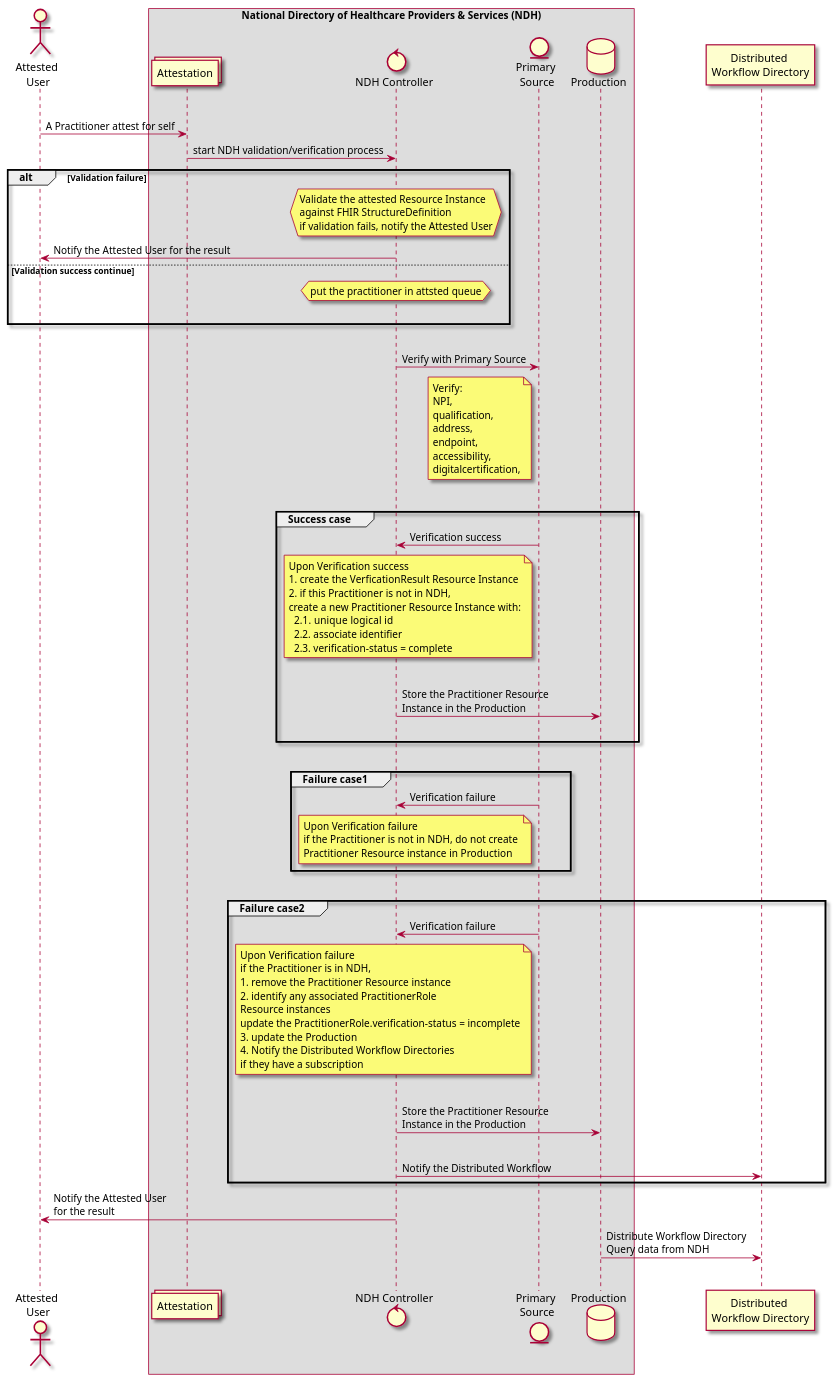
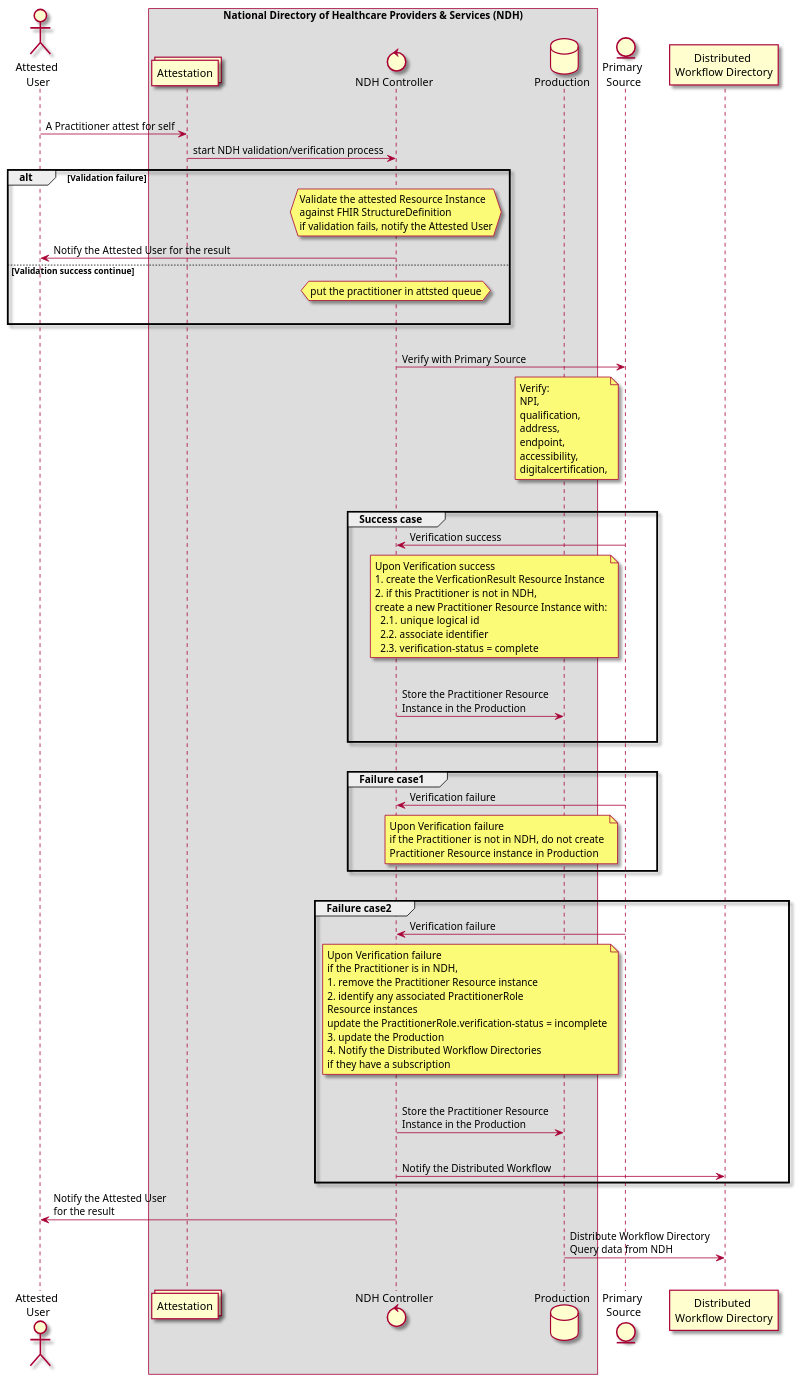
One commit to HL7/fhir-us-ndh changed the diagram in input/images-source/AttestSelfAuthorized.plantuml. Above: the diagram before and after it, drawn with PlantUML. The commit also changed 3 other files, not shown here.

```diff
--- a/input/images-source/AttestSelfAuthorized.plantuml
+++ b/input/images-source/AttestSelfAuthorized.plantuml
@@ -1,94 +1,94 @@
 @startuml
 
 skin rose 
 actor "Attested \nUser" as AU
 box National Directory of Healthcare Providers & Services (NDH)
     collections "Attestation" as AQ
     control "NDH Controller" as NC
-    entity "Primary \nSource" as PS
     database "Production" as P
 end box
+entity "Primary \nSource" as PS
 participant "Distributed \nWorkflow Directory" as DWD
 |||
 AU -> AQ : A Practitioner attest for self
 AQ -> NC : start NDH validation/verification process
 
 alt Validation failure
 hnote over NC
   Validate the attested Resource Instance
   against FHIR StructureDefinition
   if validation fails, notify the Attested User
 end note
 NC -> AU : Notify the Attested User for the result
 else Validation success continue
 hnote over NC 
     put the practitioner in attsted queue
 end note
 |||
 end
 
 
 |||
 NC -> PS : Verify with Primary Source
 note left of PS
     Verify: 
     NPI,
     qualification,
     address,
     endpoint,
     accessibility,
     digitalcertification,
 end note
 |||
 
 group Success case
 PS -> NC : Verification success
 note left of PS
     Upon Verification success
     1. create the VerficationResult Resource Instance
     2. if this Practitioner is not in NDH, 
     create a new Practitioner Resource Instance with:
       2.1.  unique logical id
       2.2. associate identifier
       2.3. verification-status = complete
 end note
 |||
 
 NC -> P : Store the Practitioner Resource \nInstance in the Production
 |||
 end
 |||
 group Failure case1
 PS -> NC : Verification failure
 note left of PS
     Upon Verification failure
     if the Practitioner is not in NDH, do not create 
     Practitioner Resource instance in Production
 end note
 end
 |||
 group Failure case2
 PS -> NC : Verification failure
 note left of PS
     Upon Verification failure
     if the Practitioner is in NDH, 
     1. remove the Practitioner Resource instance 
     2. identify any associated PractitionerRole 
     Resource instances
     update the PractitionerRole.verification-status = incomplete
     3. update the Production
     4. Notify the Distributed Workflow Directories 
     if they have a subscription 
 end note
 |||
 NC -> P : Store the Practitioner Resource \nInstance in the Production
 |||
 NC -> DWD : Notify the Distributed Workflow
 end
 
 NC -> AU : Notify the Attested User \nfor the result
 
 P -> DWD : Distribute Workflow Directory \nQuery data from NDH
 |||
 
 @enduml
```
